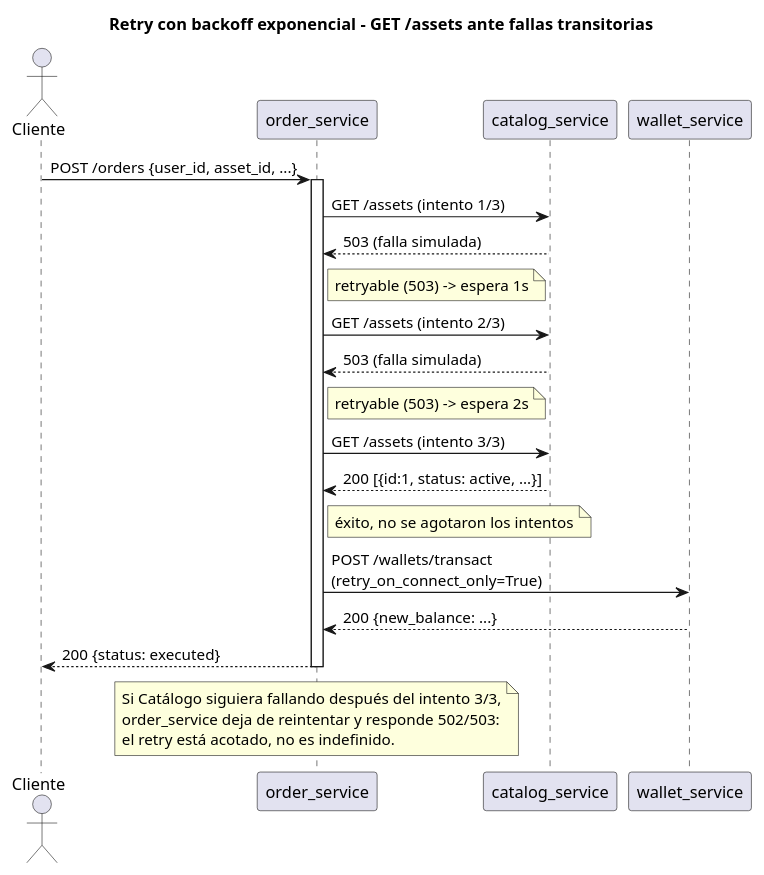
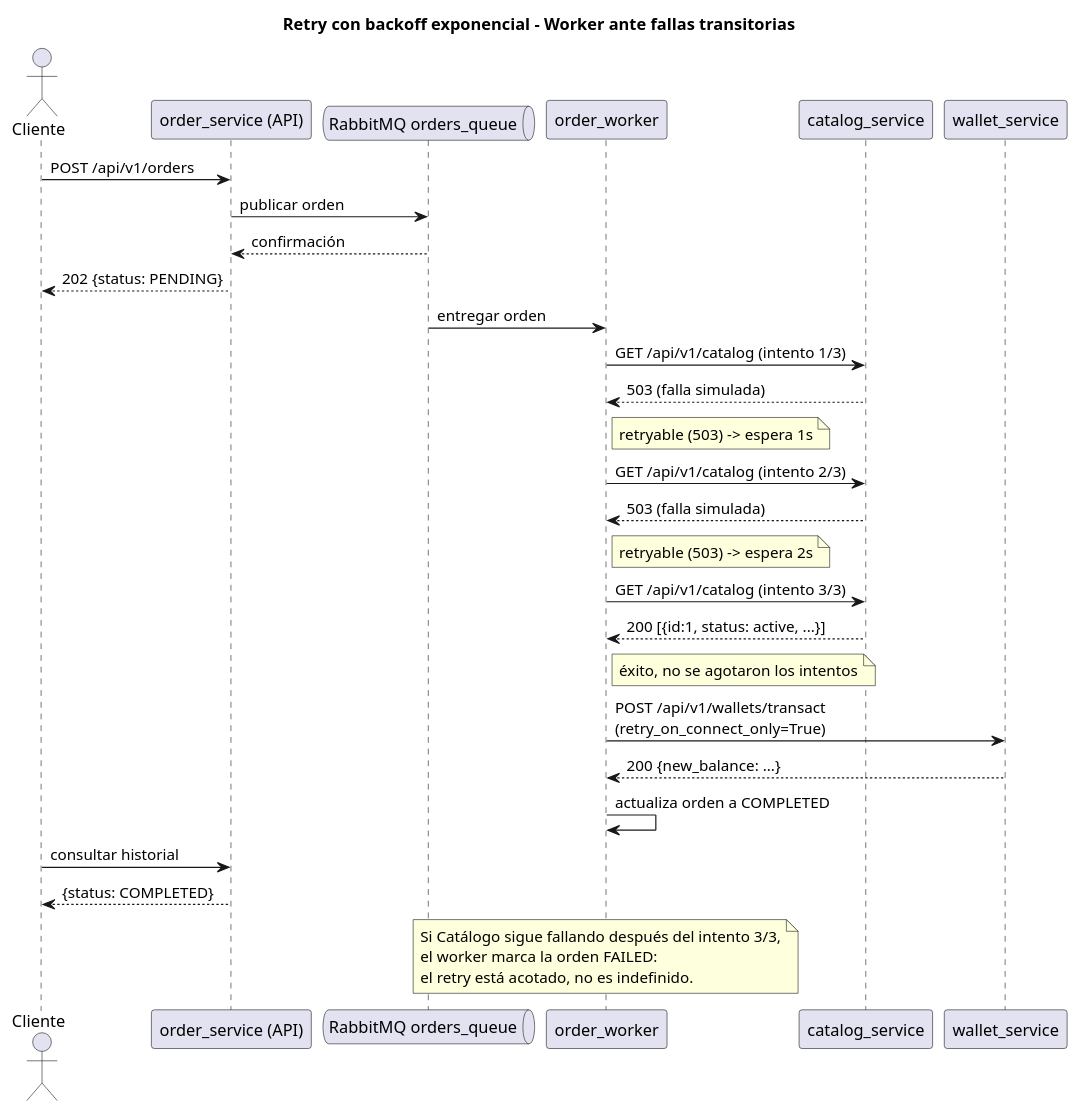
Before and after one commit to micaelacrocco/TFUs-Grupo4: the second of 8 diagrams in docs/UT4/ENTREGA.md, drawn with PlantUML. The commit also changed other lines of this file and 2 other files, not shown here.

Commit message:
docs(ut4): unifica los patrones en la entrega

````diff
--- a/docs/UT4/ENTREGA.md
+++ b/docs/UT4/ENTREGA.md
@@ -195,37 +205,43 @@
 ```plantuml
 @startuml
-title Retry con backoff exponencial - GET /assets ante fallas transitorias
+title Retry con backoff exponencial - Worker ante fallas transitorias
 
 actor Cliente
-participant "order_service" as Order
+participant "order_service (API)" as API
+queue "RabbitMQ orders_queue" as Queue
+participant order_worker as Worker
 participant "catalog_service" as Catalog
 participant "wallet_service" as Wallet
 
-Cliente -> Order: POST /orders {user_id, asset_id, ...}
-activate Order
+Cliente -> API: POST /api/v1/orders
+API -> Queue: publicar orden
+Queue --> API: confirmación
+API --> Cliente: 202 {status: PENDING}
+Queue -> Worker: entregar orden
 
-Order -> Catalog: GET /assets (intento 1/3)
-Catalog --> Order: 503 (falla simulada)
-note right of Order: retryable (503) -> espera 1s
+Worker -> Catalog: GET /api/v1/catalog (intento 1/3)
+Catalog --> Worker: 503 (falla simulada)
+note right of Worker: retryable (503) -> espera 1s
 
-Order -> Catalog: GET /assets (intento 2/3)
-Catalog --> Order: 503 (falla simulada)
-note right of Order: retryable (503) -> espera 2s
+Worker -> Catalog: GET /api/v1/catalog (intento 2/3)
+Catalog --> Worker: 503 (falla simulada)
+note right of Worker: retryable (503) -> espera 2s
 
-Order -> Catalog: GET /assets (intento 3/3)
-Catalog --> Order: 200 [{id:1, status: active, ...}]
-note right of Order: éxito, no se agotaron los intentos
+Worker -> Catalog: GET /api/v1/catalog (intento 3/3)
+Catalog --> Worker: 200 [{id:1, status: active, ...}]
+note right of Worker: éxito, no se agotaron los intentos
 
-Order -> Wallet: POST /wallets/transact\n(retry_on_connect_only=True)
-Wallet --> Order: 200 {new_balance: ...}
+Worker -> Wallet: POST /api/v1/wallets/transact\n(retry_on_connect_only=True)
+Wallet --> Worker: 200 {new_balance: ...}
+Worker -> Worker: actualiza orden a COMPLETED
 
-Order --> Cliente: 200 {status: executed}
-deactivate Order
+Cliente -> API: consultar historial
+API --> Cliente: {status: COMPLETED}
 
-note over Order
-  Si Catálogo siguiera fallando después del intento 3/3,
-  order_service deja de reintentar y responde 502/503:
+note over Worker
+  Si Catálogo sigue fallando después del intento 3/3,
+  el worker marca la orden FAILED:
   el retry está acotado, no es indefinido.
 end note
 @enduml
 ```
````
